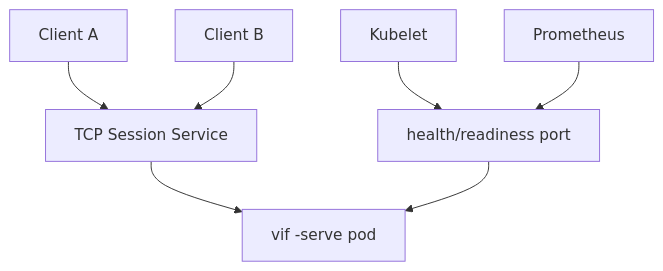
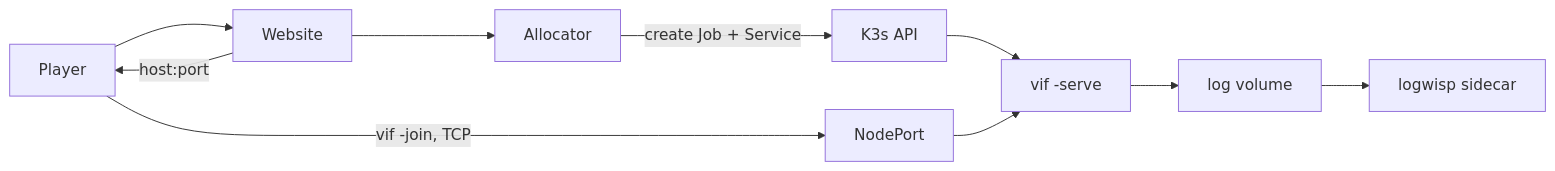
Before and after one commit to lixenwraith/vi-fighter: the diagram in doc/kubernetes-fleet.md, drawn with Mermaid. The commit also changed other lines of this file and 35 other files, not shown here.

````diff
--- a/doc/kubernetes-fleet.md
+++ b/doc/kubernetes-fleet.md
@@ -159,9 +25,10 @@
 ```mermaid
-flowchart TD
-    ClientA["Client A"] --> GameSvc["TCP Session Service"]
-    ClientB["Client B"] --> GameSvc
-    GameSvc --> Pod["vif -serve pod"]
-    Kubelet["Kubelet"] --> Probe["health/readiness port"]
-    Prom["Prometheus"] --> Probe
-    Probe --> Pod
+flowchart LR
+    Player["Player"] --> Site["Website"]
+    Site --> Alloc["Allocator"]
+    Alloc -->|"create Job + Service"| API["K3s API"]
+    API --> Pod["vif -serve"]
+    Site -->|"host:port"| Player
+    Player -->|"vif -join, TCP"| NP["NodePort"] --> Pod
+    Pod --> Logs["log volume"] --> Wisp["logwisp sidecar"]
 ```
````
